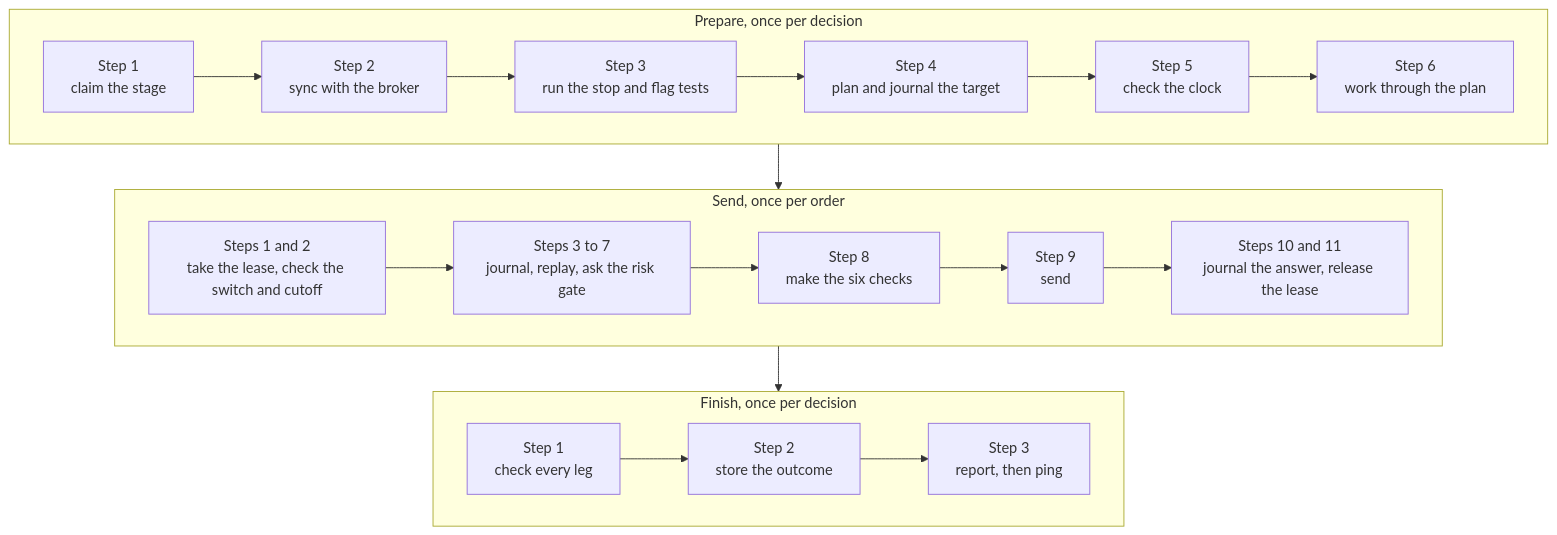
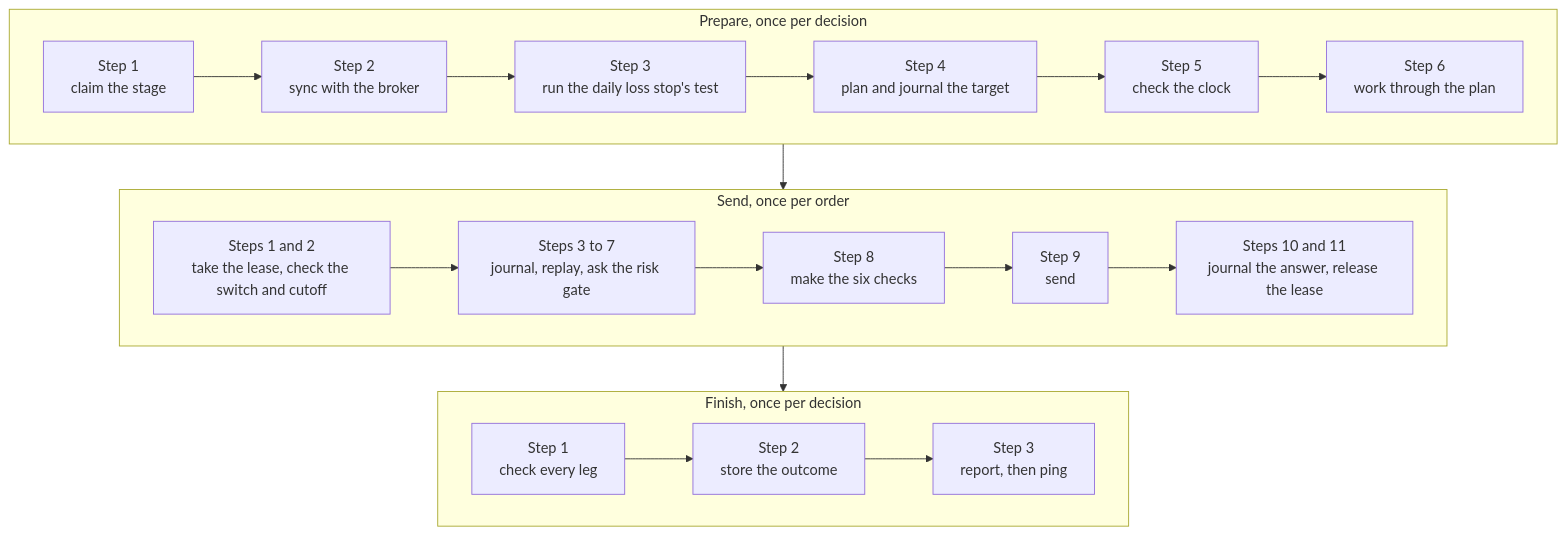
Before and after one commit to l3a0/ithildin-runtime: the ninth of 18 diagrams in docs/architecture/06-runtime.md, drawn with Mermaid. The commit also changed other lines of this file and 14 other files, not shown here.

````diff
--- a/docs/architecture/06-runtime.md
+++ b/docs/architecture/06-runtime.md
@@ -519,17 +519,17 @@
 ```mermaid
 flowchart TB
     subgraph prepare["Prepare, once per decision"]
         direction LR
-        a1["Step 1<br/>claim the stage"] --> a2["Step 2<br/>sync with the broker"] --> a3["Step 3<br/>run the stop and flag tests"] --> a4["Step 4<br/>plan and journal the target"] --> a5["Step 5<br/>check the clock"] --> a6["Step 6<br/>work through the plan"]
+        a1["Step 1<br/>claim the stage"] --> a2["Step 2<br/>sync with the broker"] --> a3["Step 3<br/>run the daily loss stop's test"] --> a4["Step 4<br/>plan and journal the target"] --> a5["Step 5<br/>check the clock"] --> a6["Step 6<br/>work through the plan"]
     end
     subgraph each["Send, once per order"]
         direction LR
         b1["Steps 1 and 2<br/>take the lease, check the switch and cutoff"] --> b2["Steps 3 to 7<br/>journal, replay, ask the risk gate"] --> b3["Step 8<br/>make the six checks"] --> b4["Step 9<br/>send"] --> b5["Steps 10 and 11<br/>journal the answer, release the lease"]
     end
     subgraph finish["Finish, once per decision"]
         direction LR
         c1["Step 1<br/>check every leg"] --> c2["Step 2<br/>store the outcome"] --> c3["Step 3<br/>report, then ping"]
     end
     prepare --> each
     each --> finish
 ```
````
